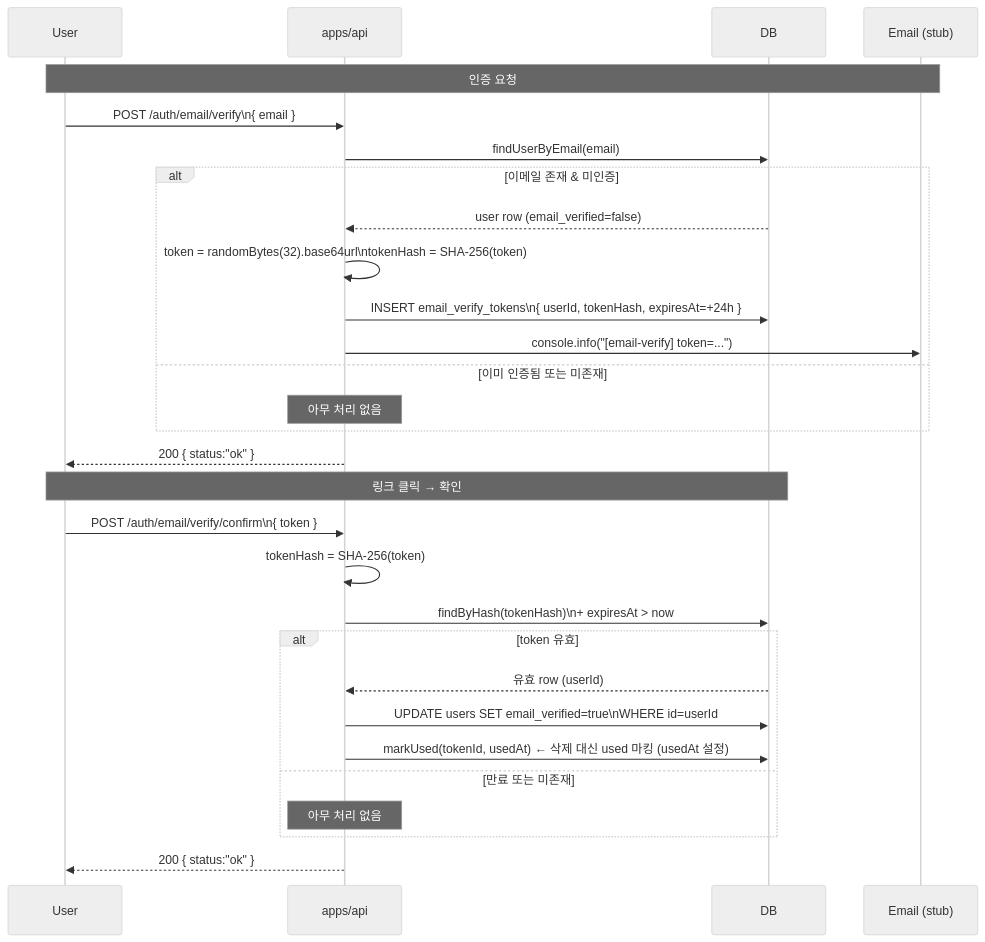
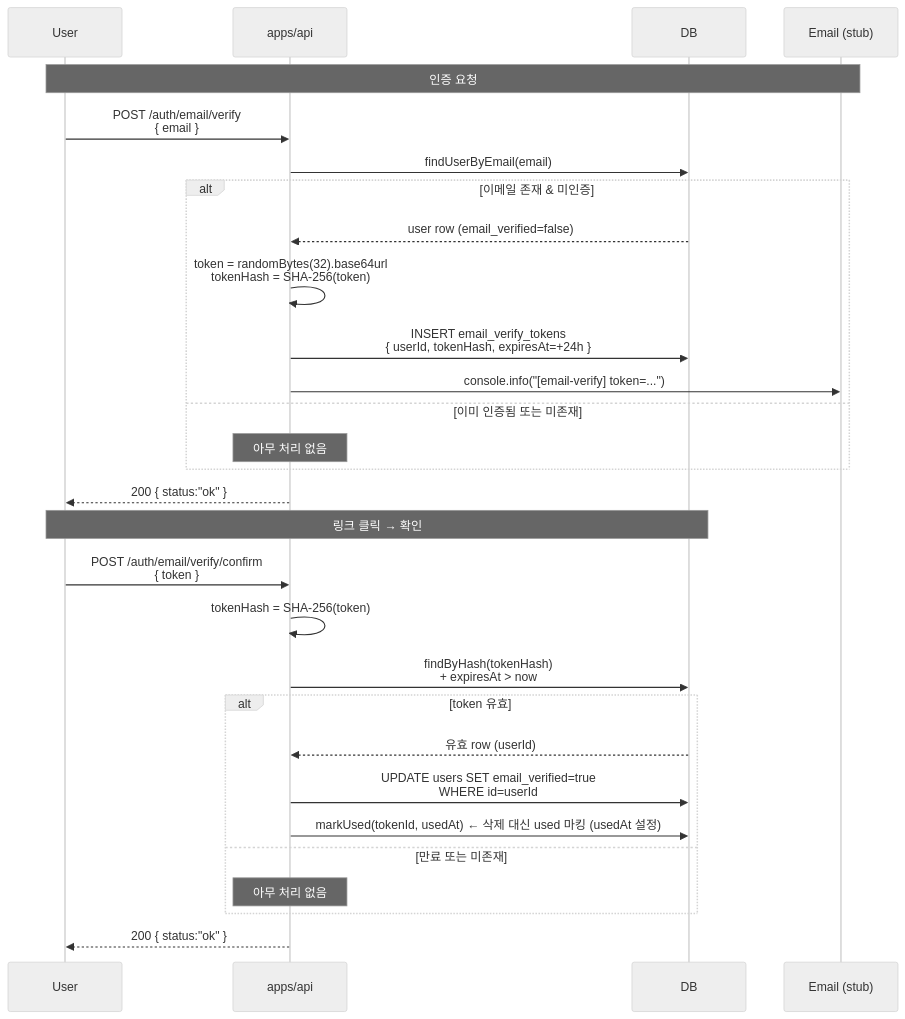
Before and after one commit to Changsik00/service-foundry: the diagram in docs/explainers/auth/email-verify-flow.md, drawn with Mermaid (neutral theme). The commit also changed 22 other files, not shown here.

Commit message:
docs(phase-14): fix mermaid literal \n → <br/> + docs-lint mermaid check

````diff
--- a/docs/explainers/auth/email-verify-flow.md
+++ b/docs/explainers/auth/email-verify-flow.md
@@ -18,33 +18,33 @@
 ```mermaid
 sequenceDiagram
     participant U as User
     participant API as apps/api
     participant DB as DB
     participant Email as Email (stub)
 
     Note over U,Email: 인증 요청
-    U->>API: POST /auth/email/verify\n{ email }
+    U->>API: POST /auth/email/verify<br/>{ email }
     API->>DB: findUserByEmail(email)
     alt 이메일 존재 & 미인증
         DB-->>API: user row (email_verified=false)
-        API->>API: token = randomBytes(32).base64url\ntokenHash = SHA-256(token)
-        API->>DB: INSERT email_verify_tokens\n{ userId, tokenHash, expiresAt=+24h }
+        API->>API: token = randomBytes(32).base64url<br/>tokenHash = SHA-256(token)
+        API->>DB: INSERT email_verify_tokens<br/>{ userId, tokenHash, expiresAt=+24h }
         API->>Email: console.info("[email-verify] token=...")
     else 이미 인증됨 또는 미존재
         Note over API: 아무 처리 없음
     end
     API-->>U: 200 { status:"ok" }
 
     Note over U,DB: 링크 클릭 → 확인
-    U->>API: POST /auth/email/verify/confirm\n{ token }
+    U->>API: POST /auth/email/verify/confirm<br/>{ token }
     API->>API: tokenHash = SHA-256(token)
-    API->>DB: findByHash(tokenHash)\n+ expiresAt > now
+    API->>DB: findByHash(tokenHash)<br/>+ expiresAt > now
     alt token 유효
         DB-->>API: 유효 row (userId)
-        API->>DB: UPDATE users SET email_verified=true\nWHERE id=userId
+        API->>DB: UPDATE users SET email_verified=true<br/>WHERE id=userId
         API->>DB: markUsed(tokenId, usedAt)  ← 삭제 대신 used 마킹 (usedAt 설정)
     else 만료 또는 미존재
         Note over API: 아무 처리 없음
     end
     API-->>U: 200 { status:"ok" }
 ```
````
